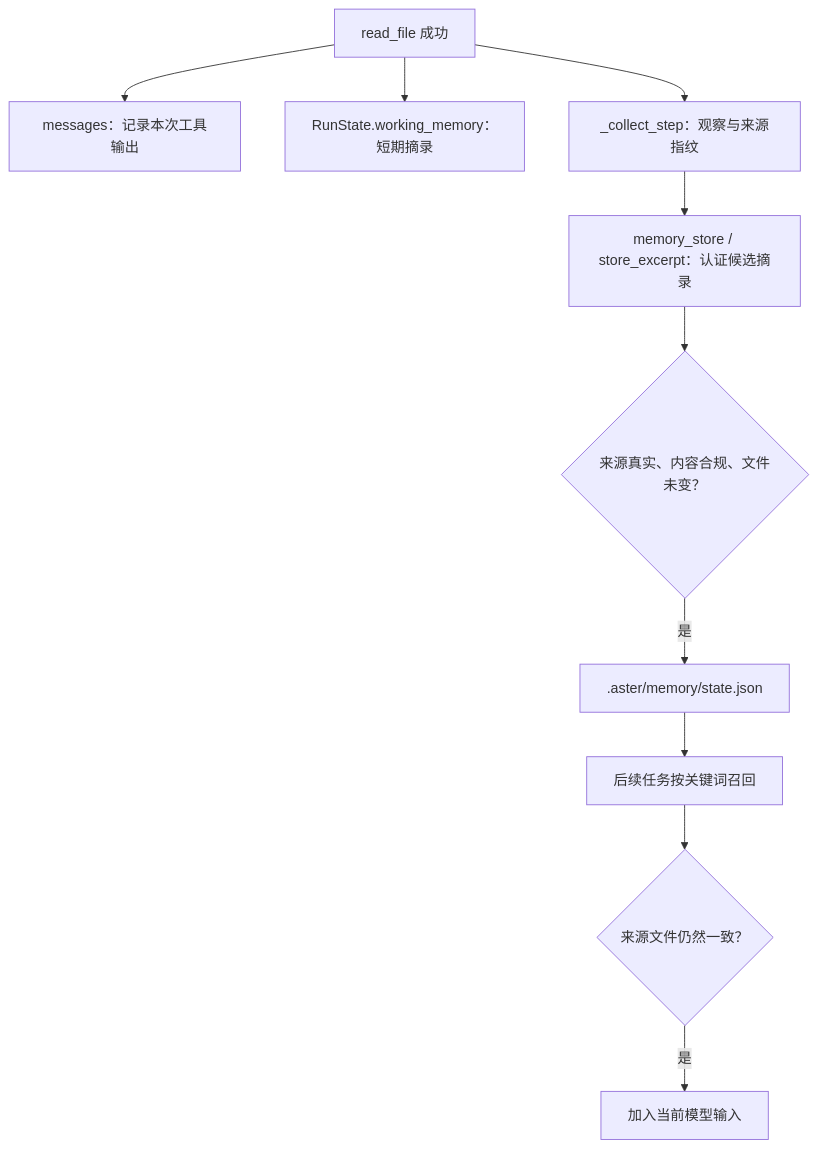
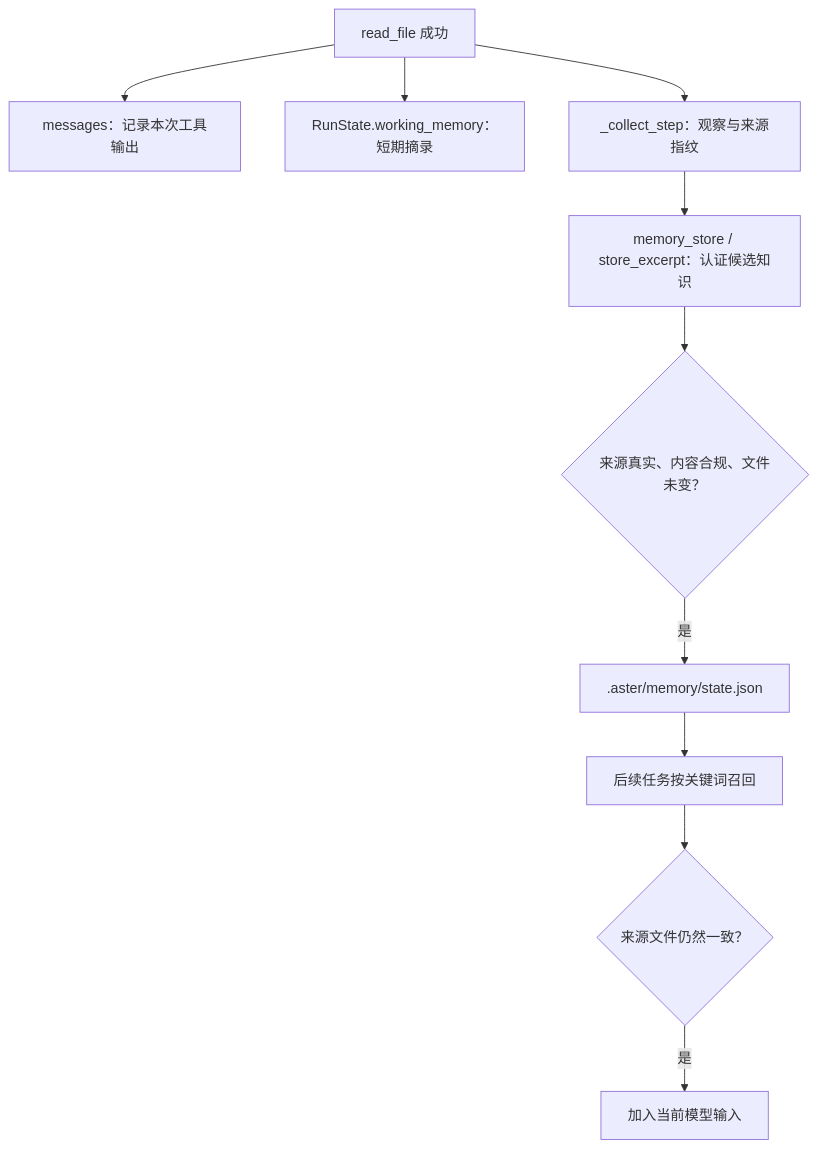
Before and after one commit to prossiblezero/Aster: the diagram in docs/learning/10-layered-memory.md, drawn with Mermaid. The commit also changed other lines of this file and 892 other files, not shown here.

````diff
--- a/docs/learning/10-layered-memory.md
+++ b/docs/learning/10-layered-memory.md
@@ -15,12 +15,12 @@
 ```mermaid
 flowchart TD
     A[read_file 成功] --> B[messages：记录本次工具输出]
     A --> C[RunState.working_memory：短期摘录]
     A --> D[_collect_step：观察与来源指纹]
-    D --> E[memory_store / store_excerpt：认证候选摘录]
+    D --> E[memory_store / store_excerpt：认证候选知识]
     E --> F{来源真实、内容合规、文件未变？}
     F -->|是| G[.aster/memory/state.json]
     G --> H[后续任务按关键词召回]
     H --> I{来源文件仍然一致？}
     I -->|是| J[加入当前模型输入]
 ```
````
